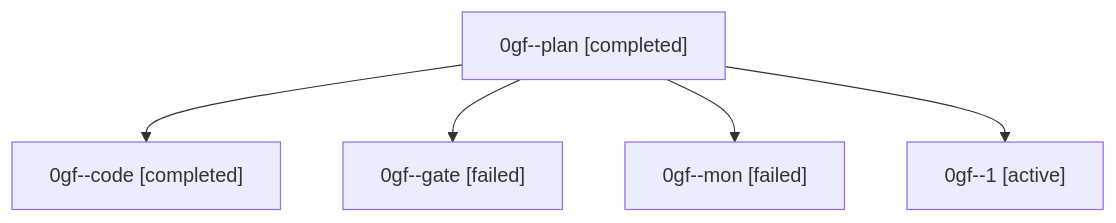
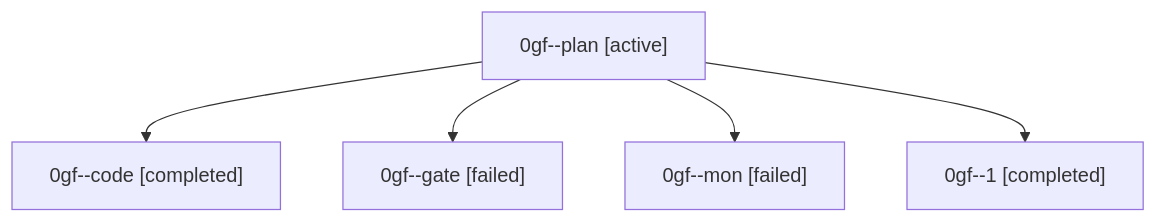
The diagram in families/bbugyi200.athena.0gf.md (sase-org/sase--agents), drawn with Mermaid before and after one commit. The commit also changed other lines of this file and 35830 other files, not shown here.

````diff
--- a/families/bbugyi200.athena.0gf.md
+++ b/families/bbugyi200.athena.0gf.md
@@ -9,12 +9,12 @@
 ```mermaid
 flowchart TD
-  n0["0gf--plan [completed]"]
+  n0["0gf--plan [active]"]
   n1["0gf--code [completed]"]
   n0 --> n1
   n2["0gf--gate [failed]"]
   n0 --> n2
   n3["0gf--mon [failed]"]
   n0 --> n3
-  n4["0gf--1 [active]"]
+  n4["0gf--1 [completed]"]
   n0 --> n4
 ```
````
